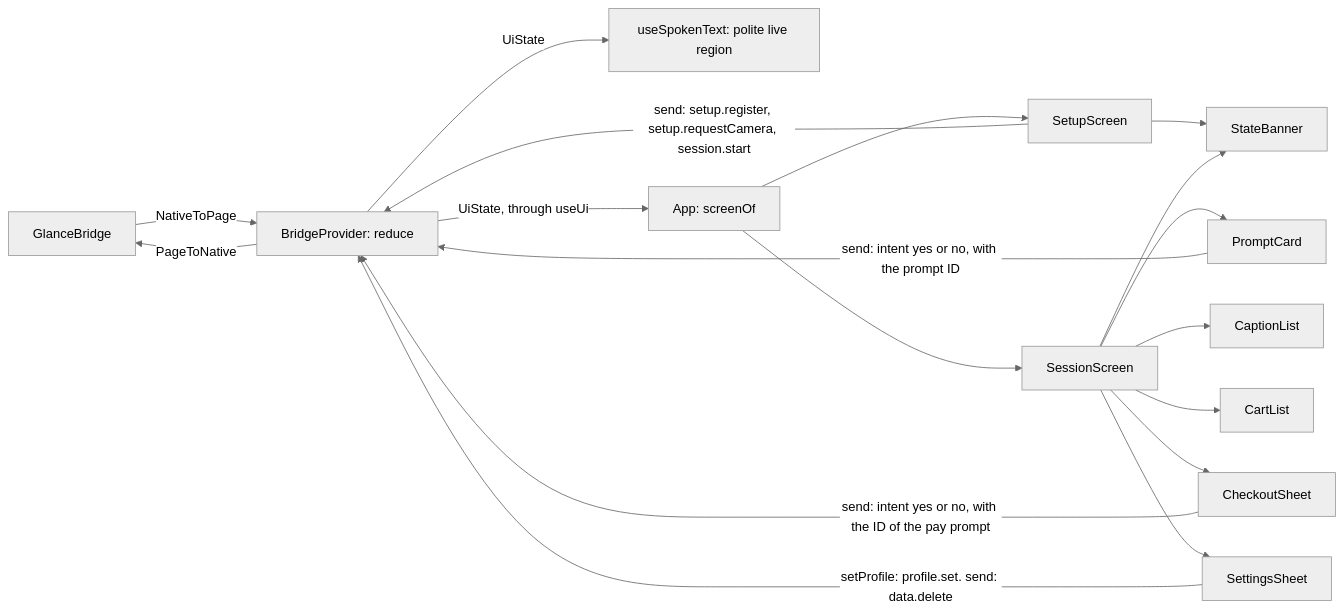
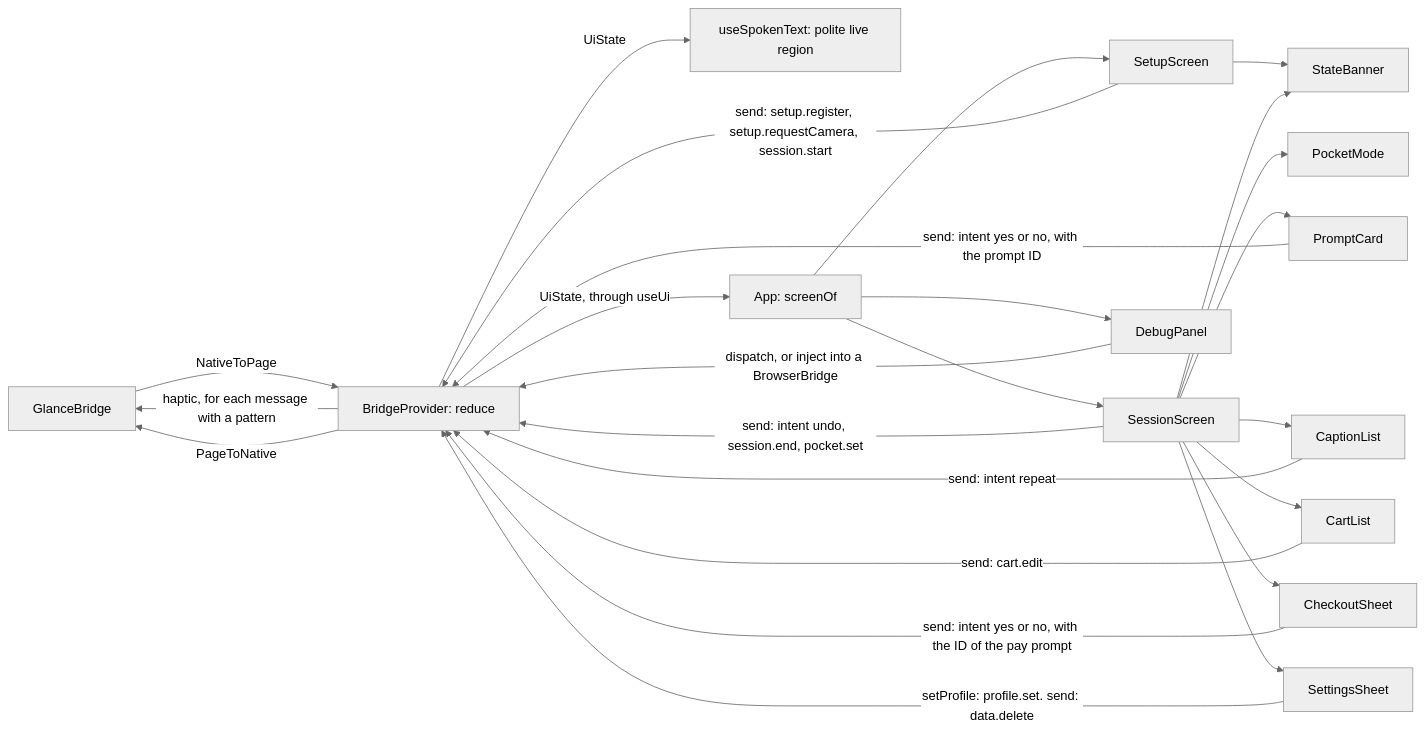
Before and after one commit to mrBymax/glance: the third of 5 diagrams in apps/mobile/ui/README.md, drawn with Mermaid (neutral theme). The commit also changed other lines of this file and 1 other file, not shown here.

Commit message:
docs(ui): describe the phone buttons, haptics, pocket mode, the debug panel, and the mirror page

````diff
--- a/apps/mobile/ui/README.md
+++ b/apps/mobile/ui/README.md
@@ -113,33 +114,42 @@
 ```mermaid
 flowchart LR
   bridge["GlanceBridge"]
   provider["BridgeProvider: reduce"]
   spoken["useSpokenText: polite live region"]
   app["App: screenOf"]
   setup["SetupScreen"]
   screen["SessionScreen"]
   banner["StateBanner"]
   card["PromptCard"]
   captions["CaptionList"]
   cart["CartList"]
   checkout["CheckoutSheet"]
   settings["SettingsSheet"]
+  pocket["PocketMode"]
+  debug["DebugPanel"]
 
   bridge -- NativeToPage --> provider
   provider -- "UiState, through useUi" --> app
   provider -- UiState --> spoken
   app --> setup
   app --> screen
+  app --> debug
+  screen --> pocket
   setup --> banner
   screen --> banner
   screen --> card
   screen --> captions
   screen --> cart
   screen --> checkout
   screen --> settings
   setup -- "send: setup.register, setup.requestCamera, session.start" --> provider
   card -- "send: intent yes or no, with the prompt ID" --> provider
   checkout -- "send: intent yes or no, with the ID of the pay prompt" --> provider
   settings -- "setProfile: profile.set. send: data.delete" --> provider
+  captions -- "send: intent repeat" --> provider
+  cart -- "send: cart.edit" --> provider
+  screen -- "send: intent undo, session.end, pocket.set" --> provider
+  debug -- "dispatch, or inject into a BrowserBridge" --> provider
+  provider -- "haptic, for each message with a pattern" --> bridge
   provider -- PageToNative --> bridge
 ```
````
